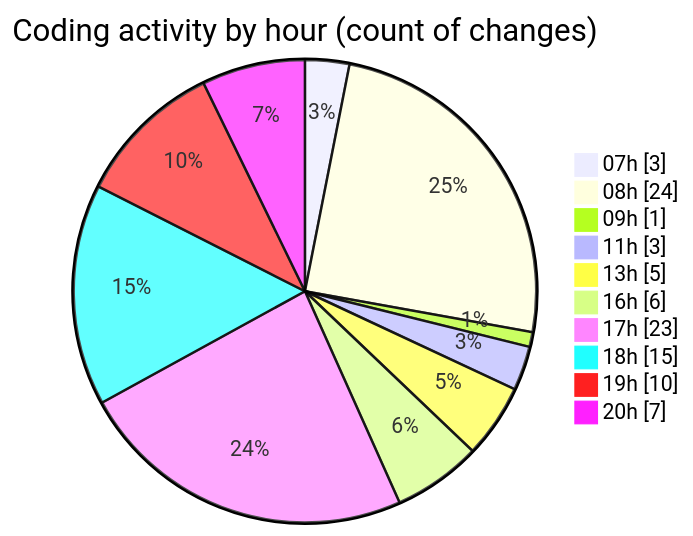
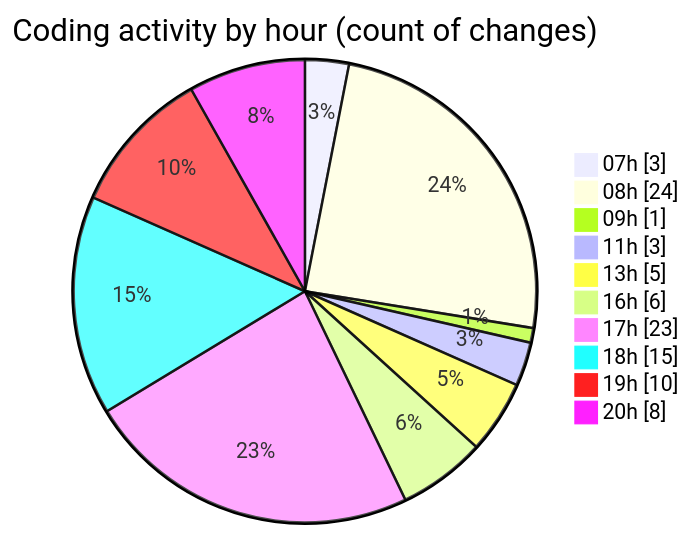
Before and after one commit to becaeroporto-bot/code-tracking: the second of 2 diagrams in 2026-02-20/bot_i_a/README.md, drawn with Mermaid. The commit also changed other lines of this file and 1 other file, not shown here.

````diff
--- a/2026-02-20/bot_i_a/README.md
+++ b/2026-02-20/bot_i_a/README.md
@@ -55,14 +55,14 @@
 ```mermaid
 pie showData
 title Coding activity by hour (count of changes)
 "07h" : 3
 "08h" : 24
 "09h" : 1
 "11h" : 3
 "13h" : 5
 "16h" : 6
 "17h" : 23
 "18h" : 15
 "19h" : 10
-"20h" : 7
+"20h" : 8
 ```
````
